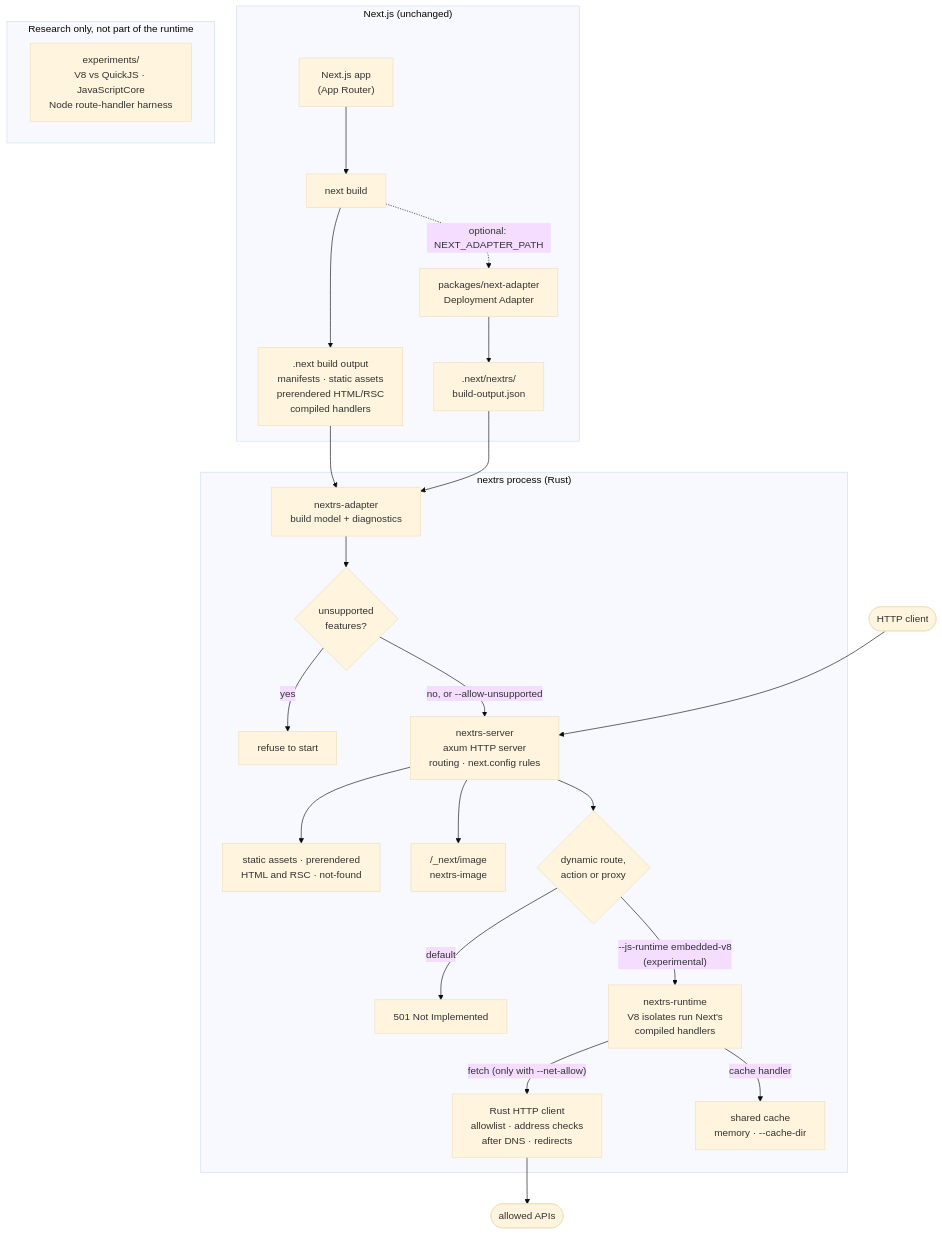
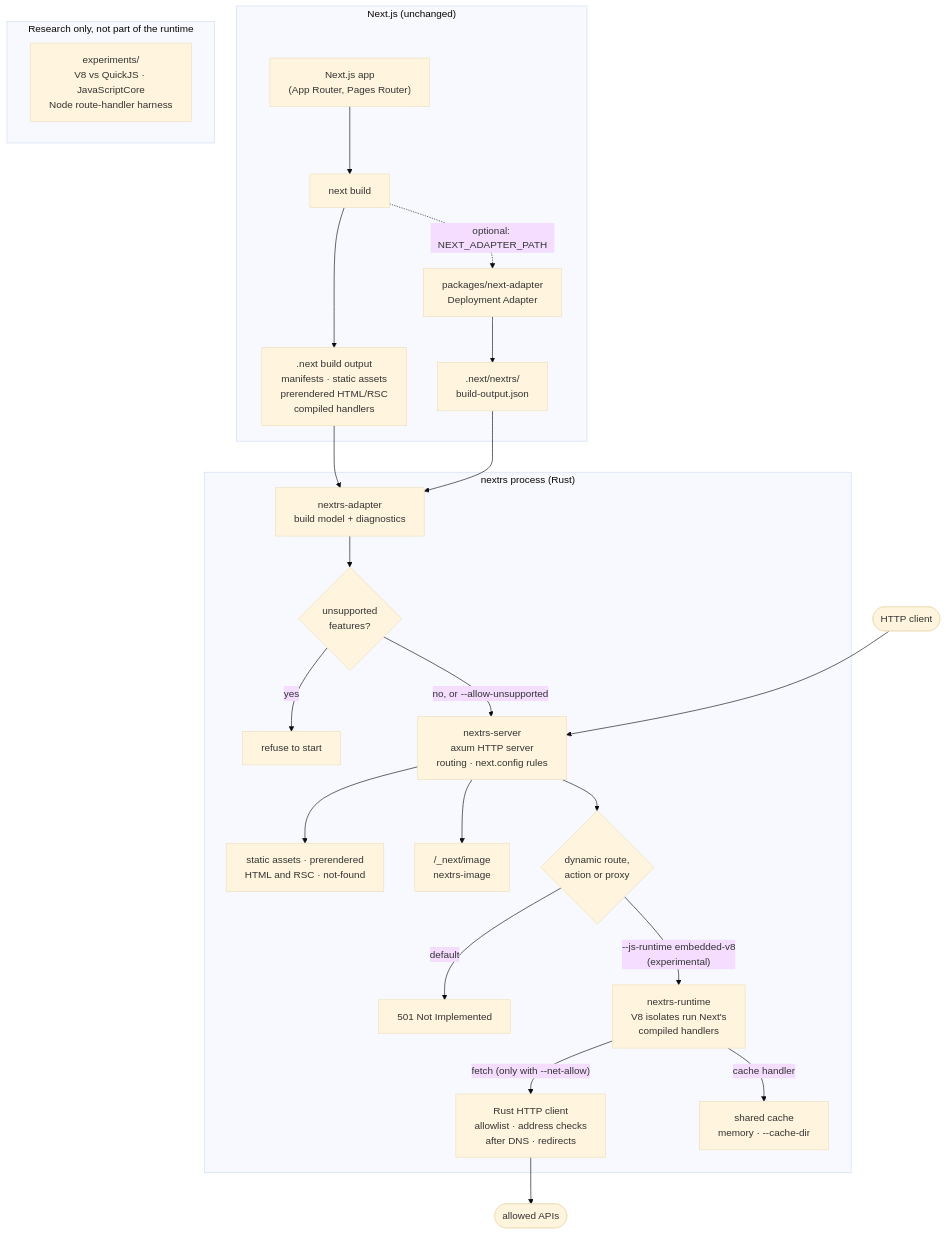
Before and after one commit to nextrs-sh/nextrs: the diagram in engineering/architecture.md, drawn with Mermaid (base theme). The commit also changed other lines of this file and 5 other files, not shown here.

First line of the commit message:
docs: the Pages Router in the README and engineering references

````diff
--- a/engineering/architecture.md
+++ b/engineering/architecture.md
@@ -49,31 +49,31 @@
 ```mermaid
 flowchart TB
     subgraph next["Next.js (unchanged)"]
-        app["Next.js app<br/>(App Router)"] --> build["next build"]
+        app["Next.js app<br/>(App Router, Pages Router)"] --> build["next build"]
         build --> out[".next build output<br/>manifests · static assets<br/>prerendered HTML/RSC<br/>compiled handlers"]
         build -.->|"optional: NEXT_ADAPTER_PATH"| da["packages/next-adapter<br/>Deployment Adapter"]
         da --> bo[".next/nextrs/<br/>build-output.json"]
     end
 
     subgraph rt["nextrs process (Rust)"]
         reader["nextrs-adapter<br/>build model + diagnostics"] --> gate{"unsupported<br/>features?"}
         gate -->|"yes"| refuse["refuse to start"]
         gate -->|"no, or --allow-unsupported"| server["nextrs-server<br/>axum HTTP server<br/>routing · next.config rules"]
         server --> pre["static assets · prerendered<br/>HTML and RSC · not-found"]
         server --> img["/_next/image<br/>nextrs-image"]
         server --> dyn{"dynamic route,<br/>action or proxy"}
         dyn -->|"default"| r501["501 Not Implemented"]
         dyn -->|"--js-runtime embedded-v8<br/>(experimental)"| v8["nextrs-runtime<br/>V8 isolates run Next's<br/>compiled handlers"]
         v8 -->|"fetch (only with --net-allow)"| net["Rust HTTP client<br/>allowlist · address checks<br/>after DNS · redirects"]
         v8 -->|"cache handler"| cache["shared cache<br/>memory · --cache-dir"]
     end
     net --> api(["allowed APIs"])
 
     out --> reader
     bo --> reader
     client(["HTTP client"]) --> server
 
     subgraph research["Research only, not part of the runtime"]
         exp["experiments/<br/>V8 vs QuickJS · JavaScriptCore<br/>Node route-handler harness"]
     end
 ```
````
